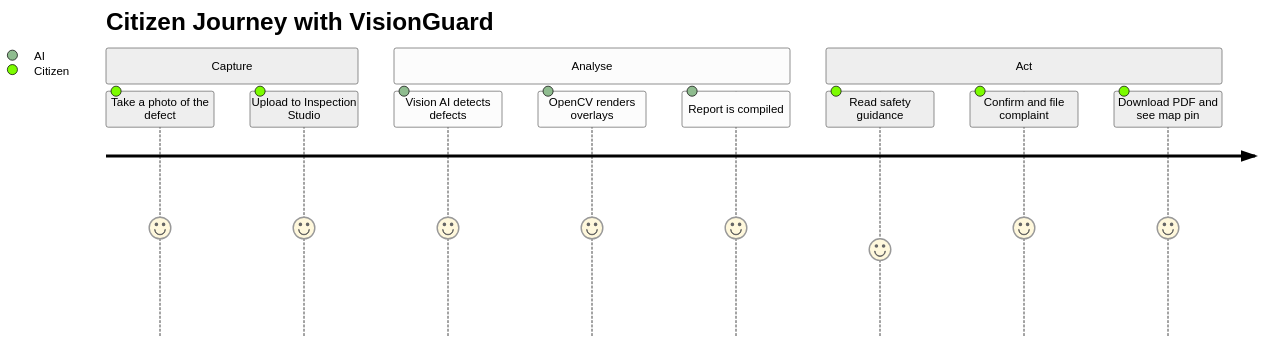
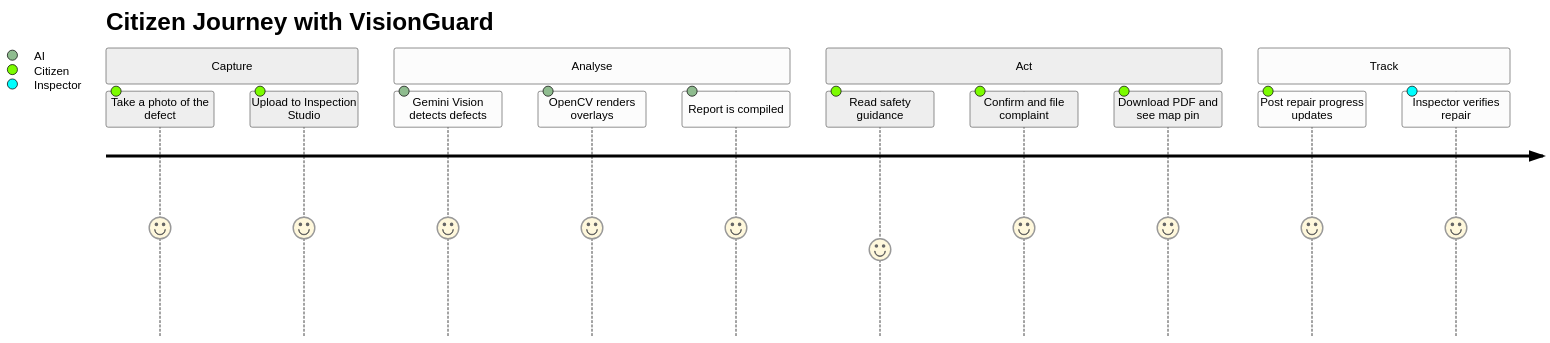
One commit to Sandesh-Narkar/Sandesh-Narkar changed the first of 6 diagrams in README.md. Above: the diagram before and after it, drawn with Mermaid (neutral theme). The commit also changed other lines of this file, not shown here.

````diff
--- a/README.md
+++ b/README.md
@@ -111,15 +199,18 @@
 ```mermaid
 journey
     title Citizen Journey with VisionGuard
     section Capture
       Take a photo of the defect: 5: Citizen
       Upload to Inspection Studio: 5: Citizen
     section Analyse
-      Vision AI detects defects: 5: AI
+      Gemini Vision detects defects: 5: AI
       OpenCV renders overlays: 5: AI
       Report is compiled: 5: AI
     section Act
       Read safety guidance: 4: Citizen
       Confirm and file complaint: 5: Citizen
       Download PDF and see map pin: 5: Citizen
+    section Track
+      Post repair progress updates: 5: Citizen
+      Inspector verifies repair: 5: Inspector
 ```
````
